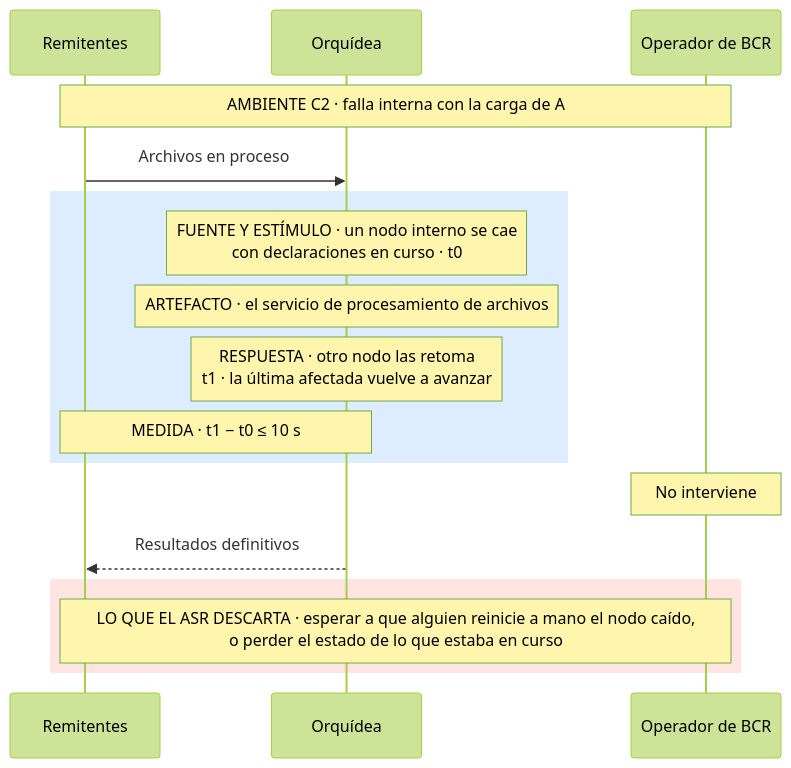
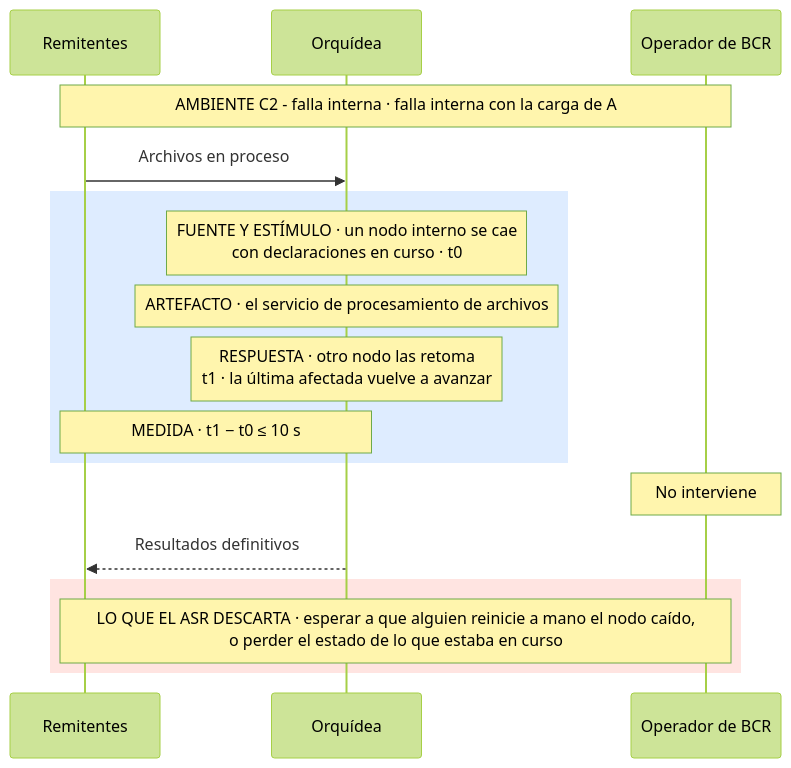
One commit to MATI-MBIT/arqsoft-reto-4 changed diagram 13 of 17 in docs/quality-attributes.md. Above: the diagram before and after it, drawn with Mermaid (forest theme). The commit also changed other lines of this file and 6 other files, not shown here.

````diff
--- a/docs/quality-attributes.md
+++ b/docs/quality-attributes.md
@@ -603,19 +603,19 @@
 ```mermaid
 sequenceDiagram
     participant R as Remitentes
     participant O as Orquídea
     participant Op as Operador de BCR
-    Note over R,Op: AMBIENTE C2 · falla interna con la carga de A
+    Note over R,Op: AMBIENTE C2 - falla interna · falla interna con la carga de A
     R->>O: Archivos en proceso
     rect rgb(222, 236, 255)
     Note over O: FUENTE Y ESTÍMULO · un nodo interno se cae<br/>con declaraciones en curso · t0
     Note over O: ARTEFACTO · el servicio de procesamiento de archivos
     Note over O: RESPUESTA · otro nodo las retoma<br/>t1 · la última afectada vuelve a avanzar
     Note over R,O: MEDIDA · t1 − t0 ≤ 10 s
     end
     Note over Op: No interviene
     O-->>R: Resultados definitivos
     rect rgb(255, 228, 225)
     Note over R,Op: LO QUE EL ASR DESCARTA · esperar a que alguien reinicie a mano el nodo caído,<br/>o perder el estado de lo que estaba en curso
     end
 ```
````
